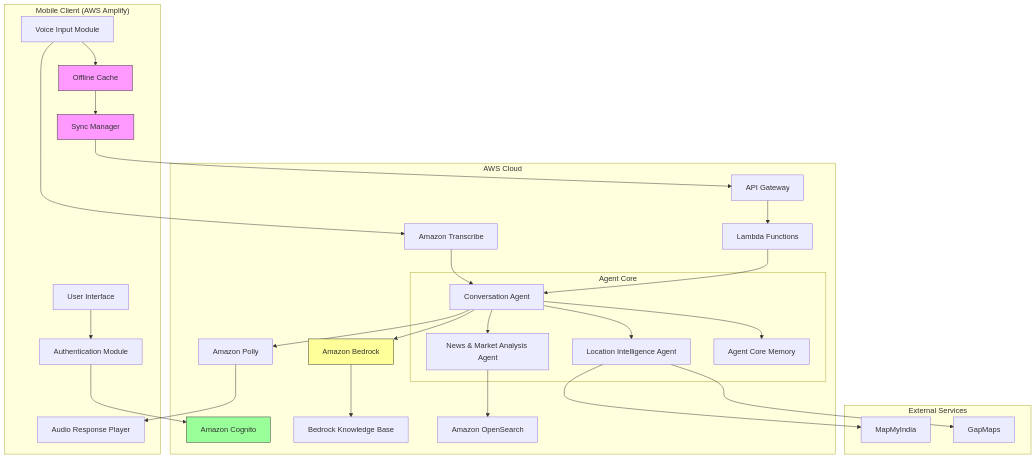
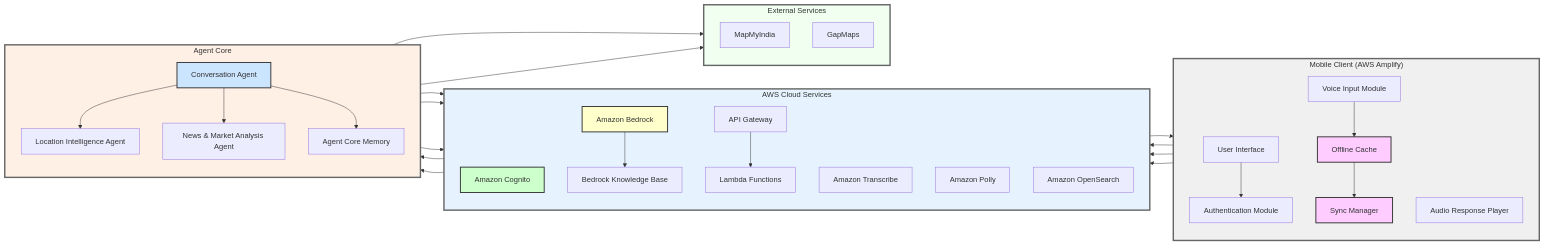
Before and after one commit to Tanuja2024/vyapari-sahayak: the diagram in .kiro/specs/vyapari-sahayak/design.md, drawn with Mermaid.

Commit message:
Update Mermaid diagram for better visibility and cleaner layout

````diff
--- a/.kiro/specs/vyapari-sahayak/design.md
+++ b/.kiro/specs/vyapari-sahayak/design.md
@@ -30,61 +30,82 @@
 ```mermaid
-graph TB
-    subgraph "Mobile Client (AWS Amplify)"
+graph LR
+    subgraph CLIENT["Mobile Client (AWS Amplify)"]
+        direction TB
         UI[User Interface]
+        AUTH[Authentication Module]
         VIM[Voice Input Module]
         ARP[Audio Response Player]
         OC[Offline Cache]
         SM[Sync Manager]
-        AUTH[Authentication Module]
     end
     
-    subgraph "AWS Cloud"
+    subgraph CLOUD["AWS Cloud Services"]
+        direction TB
         COGNITO[Amazon Cognito]
+        APIGW[API Gateway]
         LAMBDA[Lambda Functions]
-        APIGW[API Gateway]
-        
-        subgraph "Agent Core"
-            CA[Conversation Agent]
-            LIA[Location Intelligence Agent]
-            NMA[News & Market Analysis Agent]
-            MEMORY[Agent Core Memory]
-        end
-        
         TRANSCRIBE[Amazon Transcribe]
         POLLY[Amazon Polly]
         BEDROCK[Amazon Bedrock]
         KB[Bedrock Knowledge Base]
         OPENSEARCH[Amazon OpenSearch]
     end
     
-    subgraph "External Services"
-        MAPSMYINDIA[MapMyIndia]
+    subgraph AGENTS["Agent Core"]
+        direction TB
+        CA[Conversation Agent]
+        LIA[Location Intelligence Agent]
+        NMA[News & Market Analysis Agent]
+        MEMORY[Agent Core Memory]
+    end
+    
+    subgraph EXTERNAL["External Services"]
+        direction TB
+        MAPS[MapMyIndia]
         GAPMAPS[GapMaps]
     end
     
+    %% Authentication Flow
     UI --> AUTH
     AUTH --> COGNITO
+    
+    %% Voice Input Flow
     VIM --> TRANSCRIBE
     TRANSCRIBE --> CA
+    
+    %% Agent Orchestration
     CA --> LIA
     CA --> NMA
     CA --> MEMORY
-    LIA --> MAPSMYINDIA
-    LIA --> GAPMAPS
-    NMA --> OPENSEARCH
     CA --> BEDROCK
     BEDROCK --> KB
+    
+    %% Location Services
+    LIA --> MAPS
+    LIA --> GAPMAPS
+    
+    %% Market Analysis
+    NMA --> OPENSEARCH
+    
+    %% Audio Response
     CA --> POLLY
     POLLY --> ARP
     
+    %% Offline & Sync
     VIM --> OC
     OC --> SM
     SM --> APIGW
     APIGW --> LAMBDA
     LAMBDA --> CA
     
-    style OC fill:#f9f,stroke:#333
-    style SM fill:#f9f,stroke:#333
-    style BEDROCK fill:#ff9,stroke:#333
-    style COGNITO fill:#9f9,stroke:#333
+    %% Styling
+    style OC fill:#ffccff,stroke:#333,stroke-width:2px
+    style SM fill:#ffccff,stroke:#333,stroke-width:2px
+    style BEDROCK fill:#ffffcc,stroke:#333,stroke-width:2px
+    style COGNITO fill:#ccffcc,stroke:#333,stroke-width:2px
+    style CA fill:#cce5ff,stroke:#333,stroke-width:2px
+    style CLIENT fill:#f0f0f0,stroke:#666,stroke-width:3px
+    style CLOUD fill:#e6f3ff,stroke:#666,stroke-width:3px
+    style AGENTS fill:#fff0e6,stroke:#666,stroke-width:3px
+    style EXTERNAL fill:#f0fff0,stroke:#666,stroke-width:3px
 ```
````
